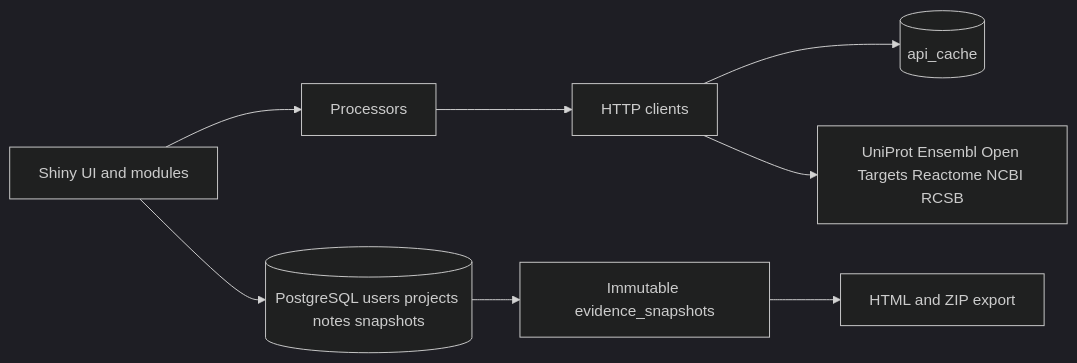
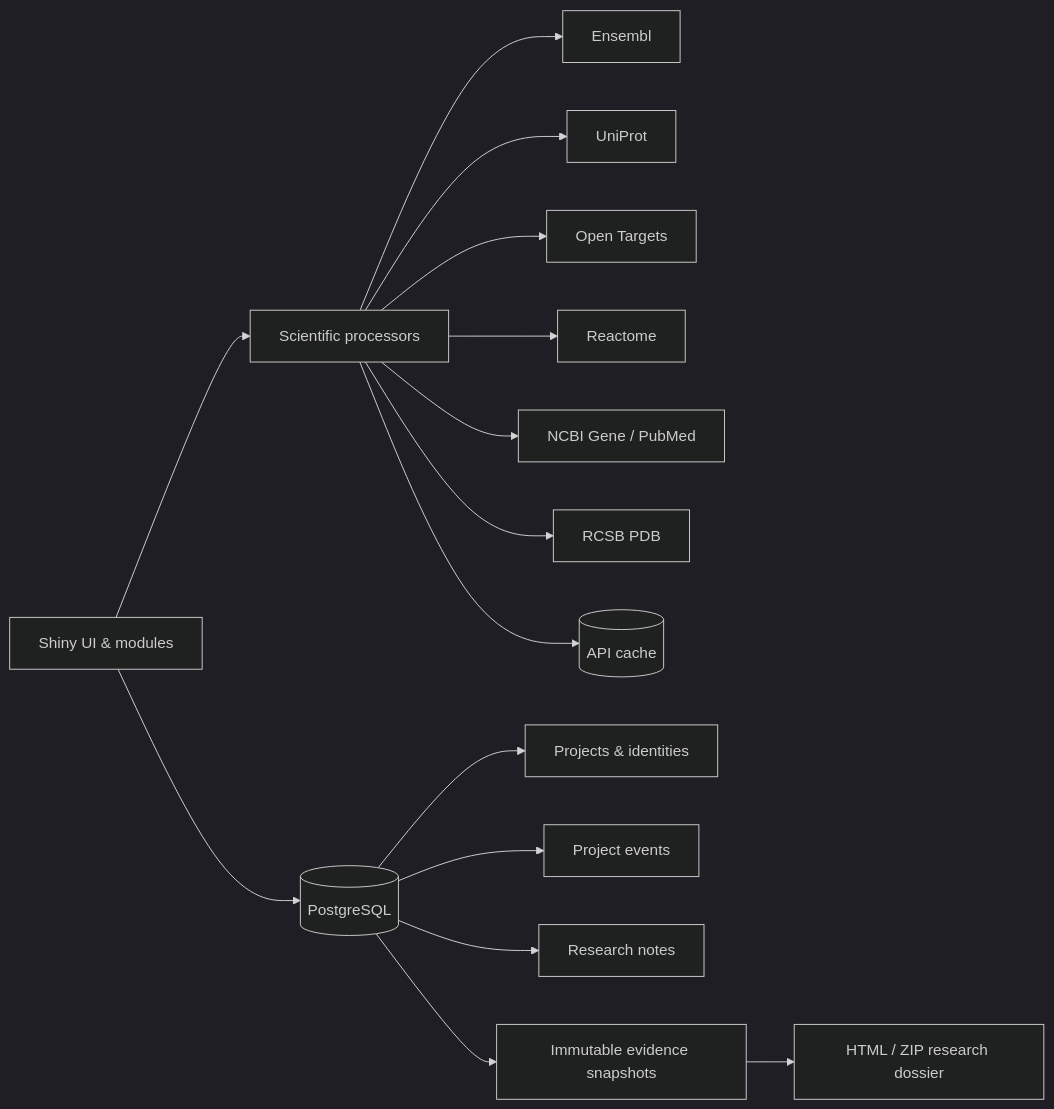
One commit to melika-rahimi/TargetWeave changed the diagram in README.md. Above: the diagram before and after it, drawn with Mermaid (dark theme). The commit also changed other lines of this file, not shown here.

````diff
--- a/README.md
+++ b/README.md
@@ -9,10 +159,21 @@
 ```mermaid
 flowchart LR
-  UI[Shiny UI and modules] --> Proc[Processors]
-  Proc --> API[HTTP clients]
-  API --> Cache[(api_cache)]
-  API --> Sources[UniProt Ensembl Open Targets Reactome NCBI RCSB]
-  UI --> PG[(PostgreSQL users projects notes snapshots)]
-  PG --> Snap[Immutable evidence_snapshots]
-  Snap --> Export[HTML and ZIP export]
+    UI[Shiny UI & modules] --> PROC[Scientific processors]
+
+    PROC --> ENS[Ensembl]
+    PROC --> UNI[UniProt]
+    PROC --> OT[Open Targets]
+    PROC --> REA[Reactome]
+    PROC --> NCBI[NCBI Gene / PubMed]
+    PROC --> RCSB[RCSB PDB]
+
+    PROC --> CACHE[(API cache)]
+
+    UI --> PG[(PostgreSQL)]
+    PG --> PROJECTS[Projects & identities]
+    PG --> EVENTS[Project events]
+    PG --> NOTES[Research notes]
+    PG --> SNAP[Immutable evidence snapshots]
+
+    SNAP --> EXPORT[HTML / ZIP research dossier]
 ```
````
